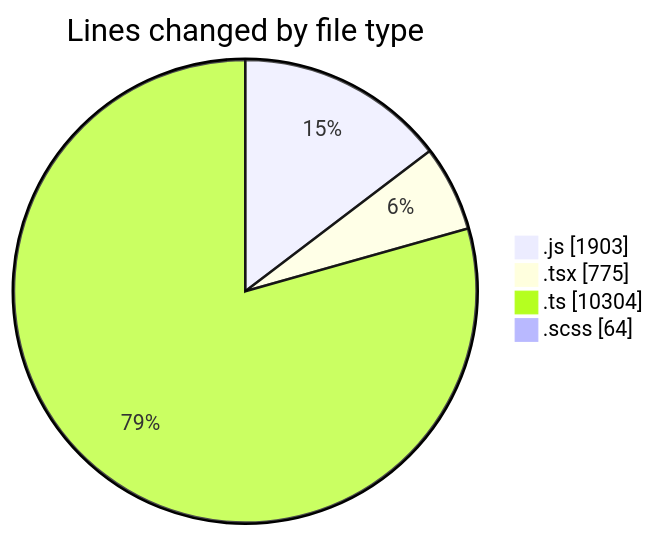
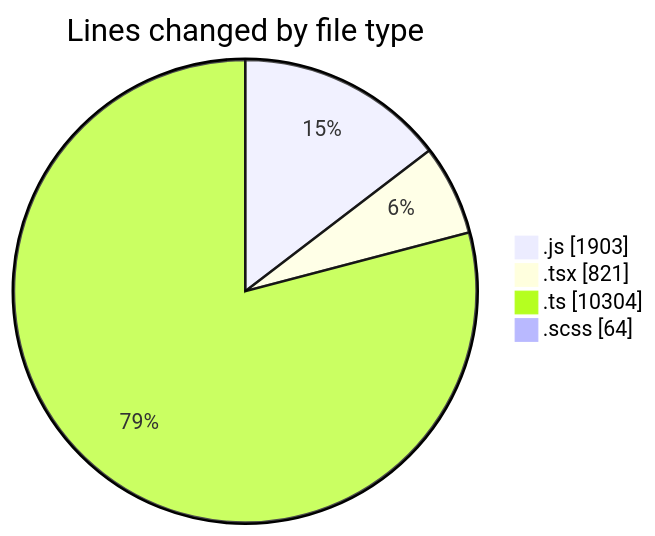
The first of 2 diagrams in 2025-03-13/cda/README.md (momahboobian/code-tracking), drawn with Mermaid before and after one commit. The commit also changed other lines of this file and 1 other file, not shown here.

````diff
--- a/2025-03-13/cda/README.md
+++ b/2025-03-13/cda/README.md
@@ -33,8 +33,8 @@
 ```mermaid
 pie showData
 title Lines changed by file type
 ".js" : 1903
-".tsx" : 775
+".tsx" : 821
 ".ts" : 10304
 ".scss" : 64
 ```
````
